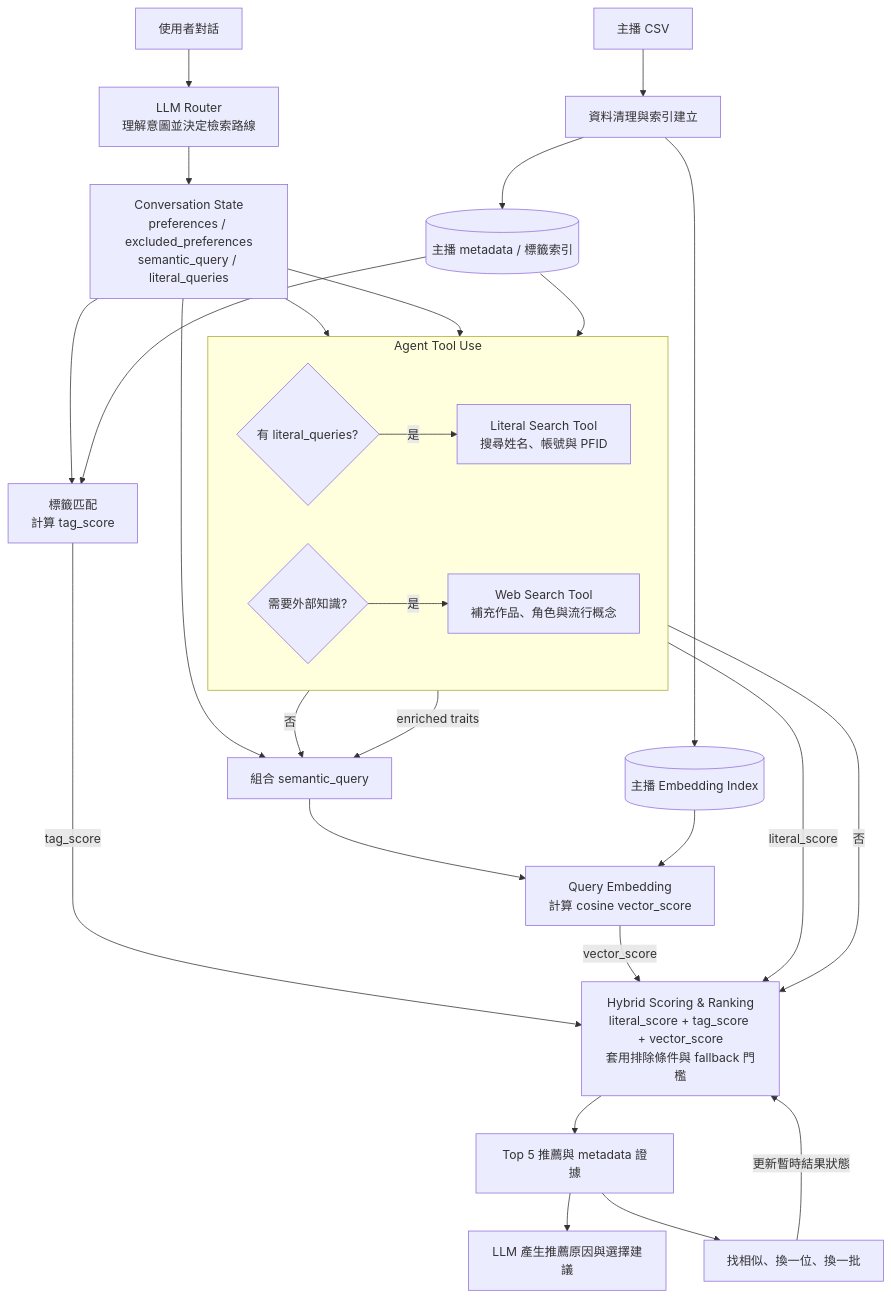
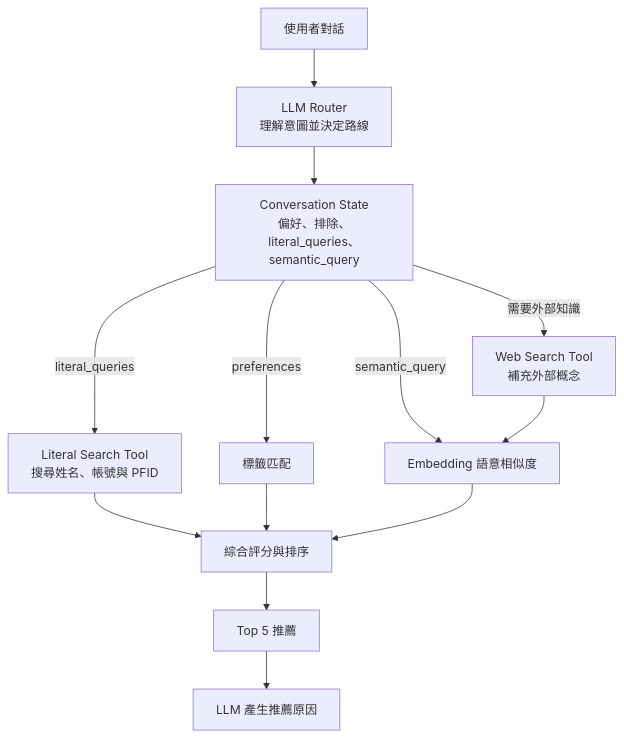
Before and after one commit to zzzpatr/streamer_recommend: the first of 2 diagrams in README.md, drawn with Mermaid.

Commit message:
flowchart_Simplify

````diff
--- a/README.md
+++ b/README.md
@@ -46,36 +46,17 @@
 ```mermaid
 flowchart TD
-    INPUT[使用者對話] --> ROUTER[LLM Router<br/>理解意圖並決定檢索路線]
-    ROUTER --> STATE[Conversation State<br/>preferences / excluded_preferences<br/>semantic_query / literal_queries]
+    CHAT[使用者對話] --> ROUTER[LLM Router<br/>理解意圖並決定路線]
+    ROUTER --> STATE[Conversation State<br/>偏好、排除、literal_queries、semantic_query]
 
-    CSV[主播 CSV] --> PREP[資料清理與索引建立]
-    PREP --> META[(主播 metadata / 標籤索引)]
-    PREP --> STREAMER_EMBED[(主播 Embedding Index)]
+    STATE -->|literal_queries| LITERAL[Literal Search Tool<br/>搜尋姓名、帳號與 PFID]
+    STATE -->|需要外部知識| WEB[Web Search Tool<br/>補充外部概念]
+    STATE -->|preferences| TAG[標籤匹配]
+    STATE -->|semantic_query| EMBED[Embedding 語意相似度]
+    WEB --> EMBED
 
-    subgraph AGENT[Agent Tool Use]
-        direction LR
-        LITERAL{有 literal_queries?} -- 是 --> LITERAL_TOOL[Literal Search Tool<br/>搜尋姓名、帳號與 PFID]
-        WEB{需要外部知識?} -- 是 --> WEB_TOOL[Web Search Tool<br/>補充作品、角色與流行概念]
-    end
-
-    STATE --> LITERAL
-    STATE --> WEB
-    STATE --> TAG[標籤匹配<br/>計算 tag_score]
-    STATE --> SEMANTIC[組合 semantic_query]
-    WEB -- 否 --> SEMANTIC
-    WEB_TOOL -->|enriched traits| SEMANTIC
-    SEMANTIC --> QUERY_EMBED[Query Embedding<br/>計算 cosine vector_score]
-
-    META --> LITERAL_TOOL
-    META --> TAG
-    STREAMER_EMBED --> QUERY_EMBED
-
-    LITERAL_TOOL -->|literal_score| SCORE[Hybrid Scoring & Ranking<br/>literal_score + tag_score + vector_score<br/>套用排除條件與 fallback 門檻]
-    LITERAL -- 否 --> SCORE
-    TAG -->|tag_score| SCORE
-    QUERY_EMBED -->|vector_score| SCORE
-    SCORE --> TOP[Top 5 推薦與 metadata 證據]
-    TOP --> SUMMARY[LLM 產生推薦原因與選擇建議]
-    TOP --> CONTROL[找相似、換一位、換一批]
-    CONTROL -->|更新暫時結果狀態| SCORE
+    LITERAL --> SCORE[綜合評分與排序]
+    TAG --> SCORE
+    EMBED --> SCORE
+    SCORE --> TOP[Top 5 推薦]
+    TOP --> SUMMARY[LLM 產生推薦原因]
 ```
````
